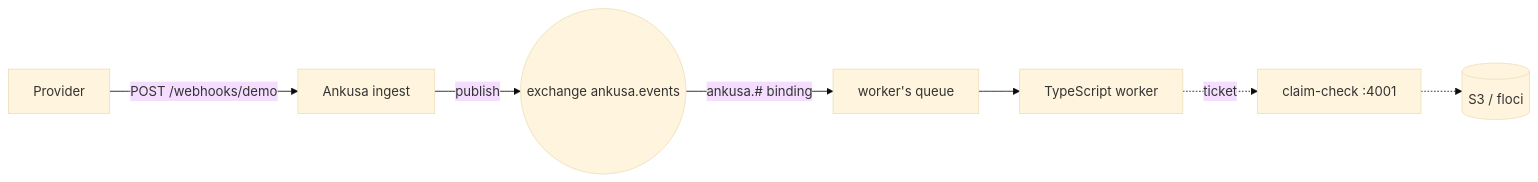
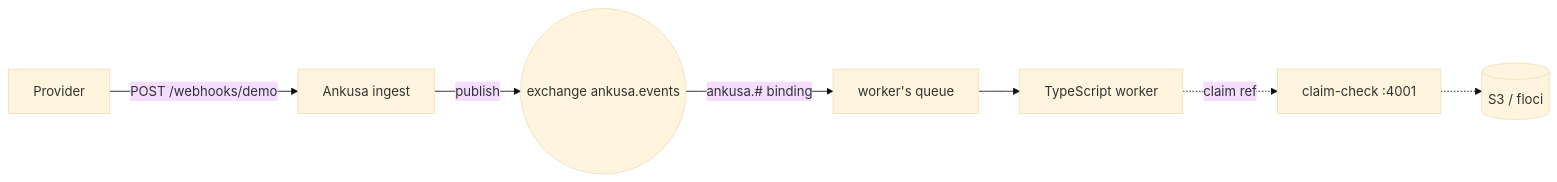
One commit to jamescarr/ankusa changed the third of 5 diagrams in examples/README.md. Above: the diagram before and after it, drawn with Mermaid (base theme). The commit also changed other lines of this file and 67 other files, not shown here.

````diff
--- a/examples/README.md
+++ b/examples/README.md
@@ -48,9 +49,9 @@
 ```mermaid
 flowchart LR
     P[Provider] -->|POST /webhooks/demo| I[Ankusa ingest]
     I -->|publish| X((exchange ankusa.events))
     X -->|ankusa.# binding| Q[worker's queue]
     Q --> W[TypeScript worker]
-    W -.->|ticket| CC[claim-check :4001]
+    W -.->|claim ref| CC[claim-check :4001]
     CC -.-> S[(S3 / floci)]
 ```
````
